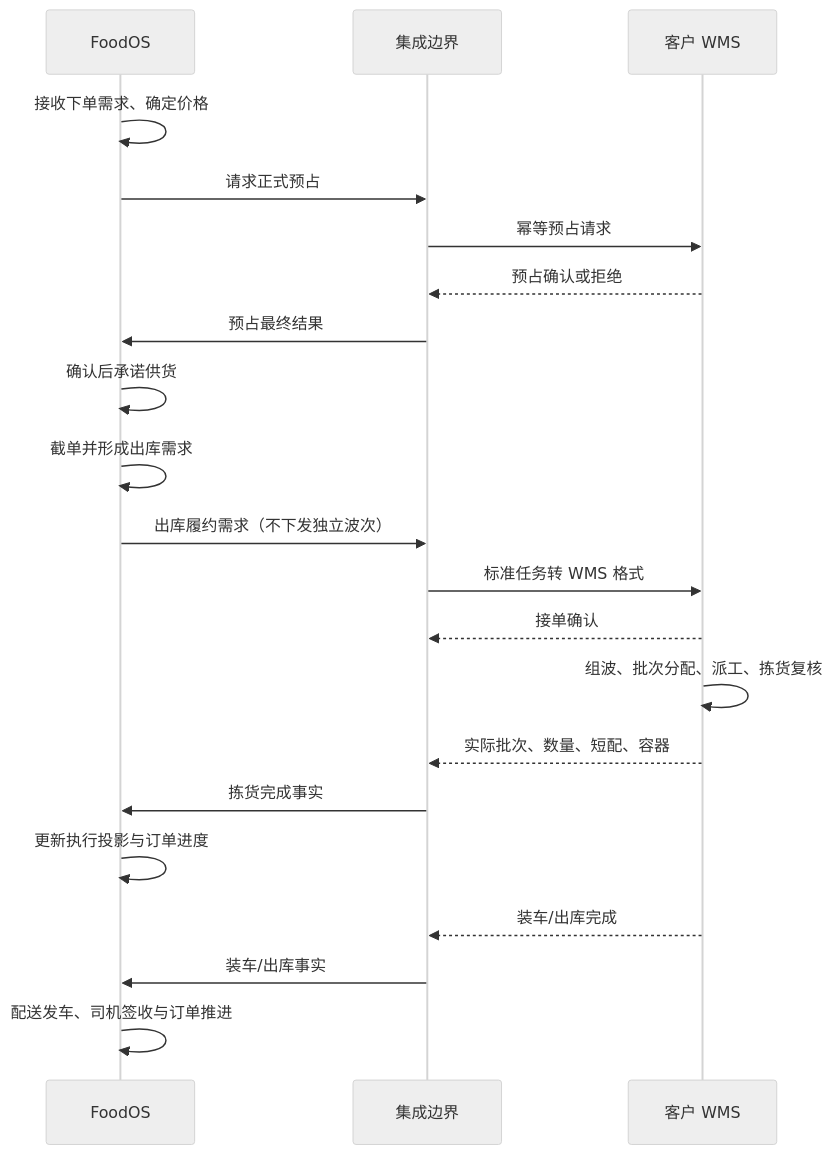
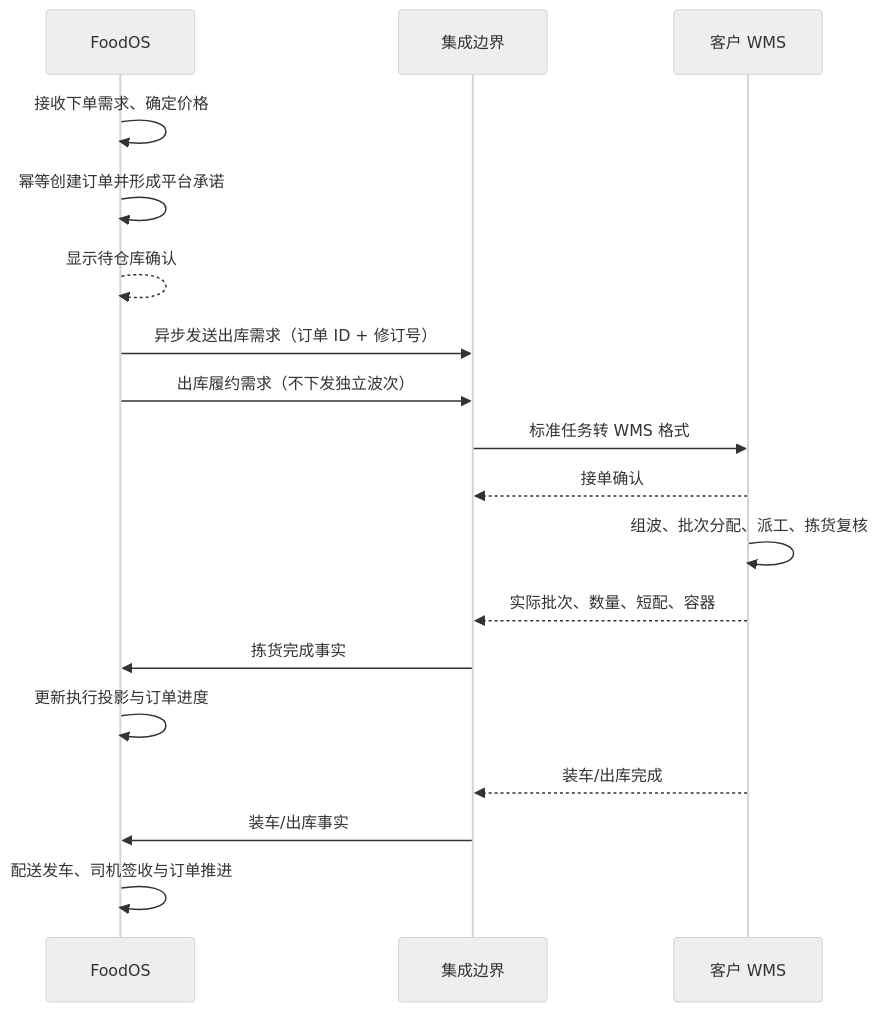
One commit to yusliao/FoodOS changed the third of 3 diagrams in doc/FoodOS-客户WMS对接-技术方案.md. Above: the diagram before and after it, drawn with Mermaid (neutral theme). The commit also changed other lines of this file and 31 other files, not shown here.

````diff
--- a/doc/FoodOS-客户WMS对接-技术方案.md
+++ b/doc/FoodOS-客户WMS对接-技术方案.md
@@ -236,23 +236,20 @@
 ```mermaid
 sequenceDiagram
     participant F as FoodOS
     participant G as 集成边界
     participant W as 客户 WMS
     F->>F: 接收下单需求、确定价格
-    F->>G: 请求正式预占
-    G->>W: 幂等预占请求
-    W-->>G: 预占确认或拒绝
-    G->>F: 预占最终结果
-    F->>F: 确认后承诺供货
-    F->>F: 截单并形成出库需求
+    F->>F: 幂等创建订单并形成平台承诺
+    F-->>F: 显示待仓库确认
+    F->>G: 异步发送出库需求（订单 ID + 修订号）
     F->>G: 出库履约需求（不下发独立波次）
     G->>W: 标准任务转 WMS 格式
     W-->>G: 接单确认
     W->>W: 组波、批次分配、派工、拣货复核
     W-->>G: 实际批次、数量、短配、容器
     G->>F: 拣货完成事实
     F->>F: 更新执行投影与订单进度
     W-->>G: 装车/出库完成
     G->>F: 装车/出库事实
     F->>F: 配送发车、司机签收与订单推进
 ```
````
